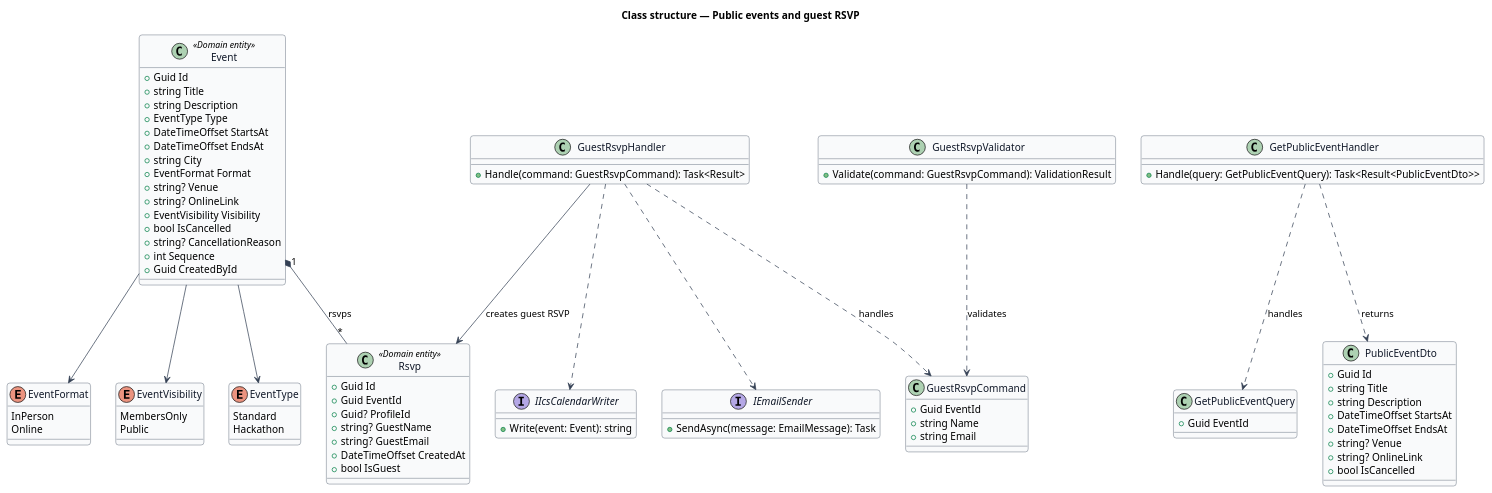
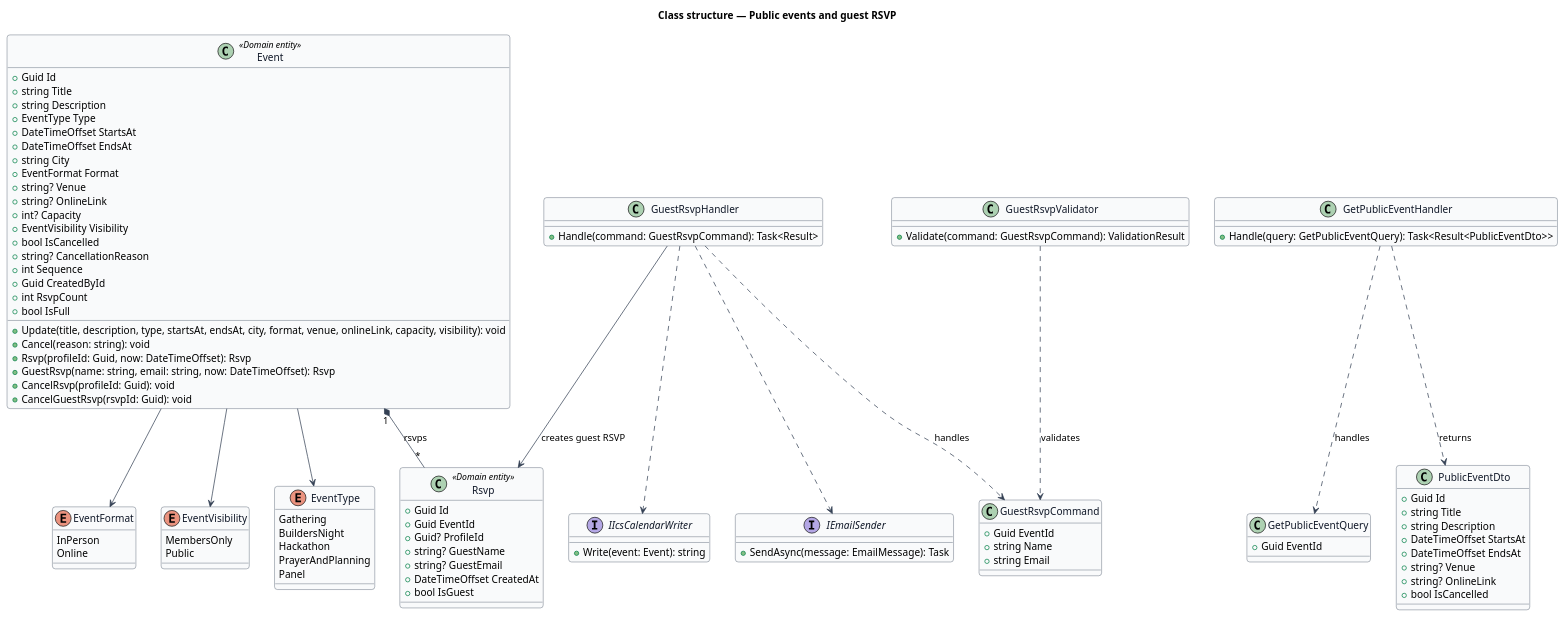
The diagram in docs/detailed-designs/events/public-events-and-guest-rsvp/diagrams/class-structure.puml (QuinntyneBrown/faithtech-community), drawn with PlantUML before and after one commit. The commit also changed 96 other files, not shown here.

```diff
--- a/docs/detailed-designs/events/public-events-and-guest-rsvp/diagrams/class-structure.puml
+++ b/docs/detailed-designs/events/public-events-and-guest-rsvp/diagrams/class-structure.puml
@@ -1,101 +1,113 @@
 @startuml
 skinparam backgroundColor #FFFFFF
 skinparam shadowing false
 skinparam roundcorner 8
 skinparam defaultFontName Arial
 skinparam ArrowColor #344054
 skinparam class {
   BorderColor #344054
   FontColor #101828
   BackgroundColor #F9FAFB
 }
 title Class structure — Public events and guest RSVP
 
 enum EventType {
-  Standard
+  Gathering
+  BuildersNight
   Hackathon
+  PrayerAndPlanning
+  Panel
 }
 
 enum EventFormat {
   InPerson
   Online
 }
 
 enum EventVisibility {
   MembersOnly
   Public
 }
 
 class Event <<Domain entity>> {
   +Guid Id
   +string Title
   +string Description
   +EventType Type
   +DateTimeOffset StartsAt
   +DateTimeOffset EndsAt
   +string City
   +EventFormat Format
   +string? Venue
   +string? OnlineLink
+  +int? Capacity
   +EventVisibility Visibility
   +bool IsCancelled
   +string? CancellationReason
   +int Sequence
   +Guid CreatedById
+  +int RsvpCount
+  +bool IsFull
+  +Update(title, description, type, startsAt, endsAt, city, format, venue, onlineLink, capacity, visibility): void
+  +Cancel(reason: string): void
+  +Rsvp(profileId: Guid, now: DateTimeOffset): Rsvp
+  +GuestRsvp(name: string, email: string, now: DateTimeOffset): Rsvp
+  +CancelRsvp(profileId: Guid): void
+  +CancelGuestRsvp(rsvpId: Guid): void
 }
 Event --> EventType
 Event --> EventFormat
 Event --> EventVisibility
 
 class Rsvp <<Domain entity>> {
   +Guid Id
   +Guid EventId
   +Guid? ProfileId
   +string? GuestName
   +string? GuestEmail
   +DateTimeOffset CreatedAt
   +bool IsGuest
 }
 Event "1" *-- "*" Rsvp : rsvps
 
 class GetPublicEventQuery {
   +Guid EventId
 }
 class GetPublicEventHandler {
   +Handle(query: GetPublicEventQuery): Task<Result<PublicEventDto>>
 }
 class PublicEventDto {
   +Guid Id
   +string Title
   +string Description
   +DateTimeOffset StartsAt
   +DateTimeOffset EndsAt
   +string? Venue
   +string? OnlineLink
   +bool IsCancelled
 }
 class GuestRsvpCommand {
   +Guid EventId
   +string Name
   +string Email
 }
 class GuestRsvpValidator {
   +Validate(command: GuestRsvpCommand): ValidationResult
 }
 class GuestRsvpHandler {
   +Handle(command: GuestRsvpCommand): Task<Result>
 }
 interface IIcsCalendarWriter {
   +Write(event: Event): string
 }
 interface IEmailSender {
   +SendAsync(message: EmailMessage): Task
 }
 GetPublicEventHandler ..> GetPublicEventQuery : handles
 GetPublicEventHandler ..> PublicEventDto : returns
 GuestRsvpValidator ..> GuestRsvpCommand : validates
 GuestRsvpHandler ..> GuestRsvpCommand : handles
 GuestRsvpHandler --> Rsvp : creates guest RSVP
 GuestRsvpHandler ..> IIcsCalendarWriter
 GuestRsvpHandler ..> IEmailSender
 @enduml
```
